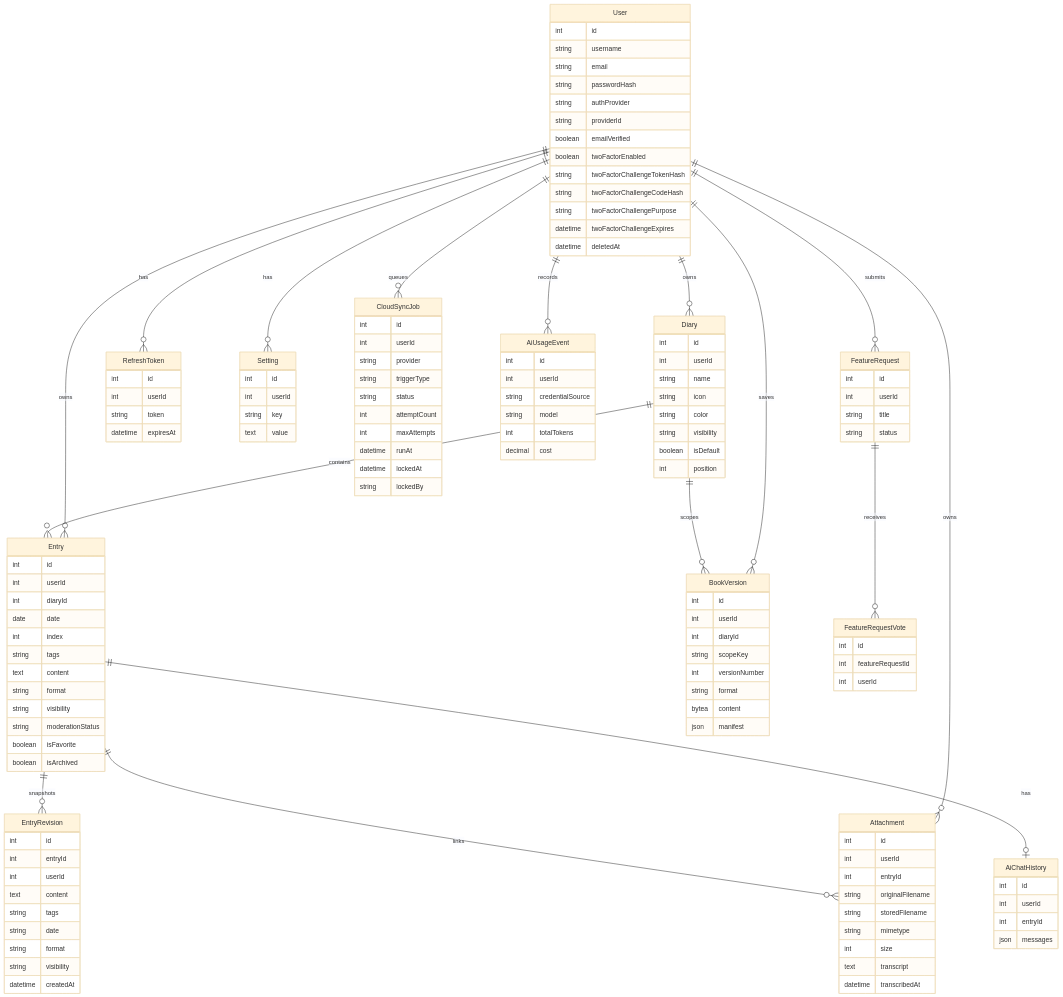
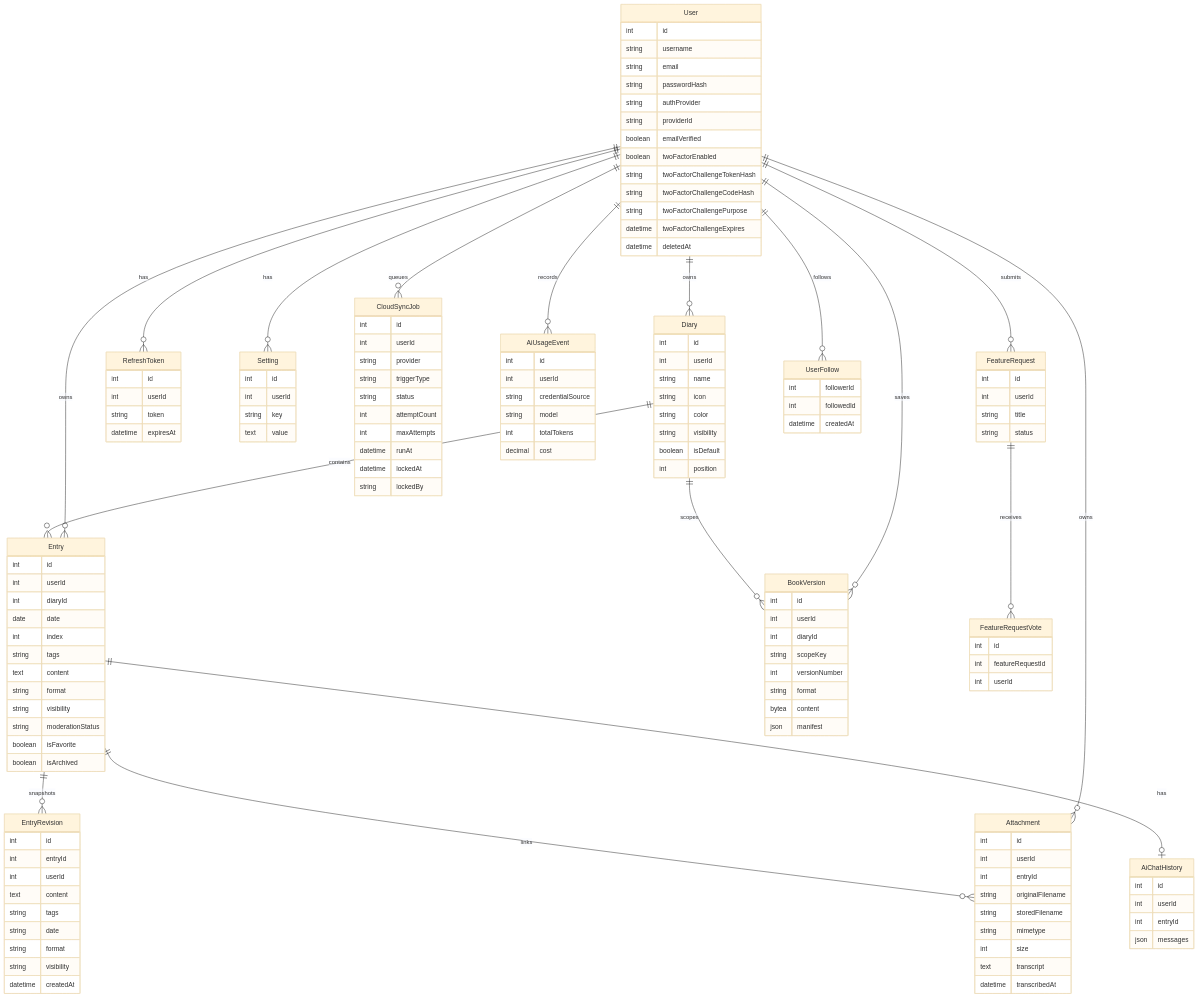
One commit to chefzaid/thoughty changed the diagram in docs/data-model.md. Above: the diagram before and after it, drawn with Mermaid (base theme). The commit also changed other lines of this file and 50 other files, not shown here.

````diff
--- a/docs/data-model.md
+++ b/docs/data-model.md
@@ -16,6 +16,7 @@
     User ||--o{ BookVersion : saves
     User ||--o{ FeatureRequest : submits
     FeatureRequest ||--o{ FeatureRequestVote : receives
+    User ||--o{ UserFollow : follows
 
     Diary ||--o{ Entry : contains
     Diary ||--o{ BookVersion : scopes
@@ -155,4 +156,10 @@
         int featureRequestId
         int userId
     }
+
+    UserFollow {
+        int followerId
+        int followedId
+        datetime createdAt
+    }
 ```
````
